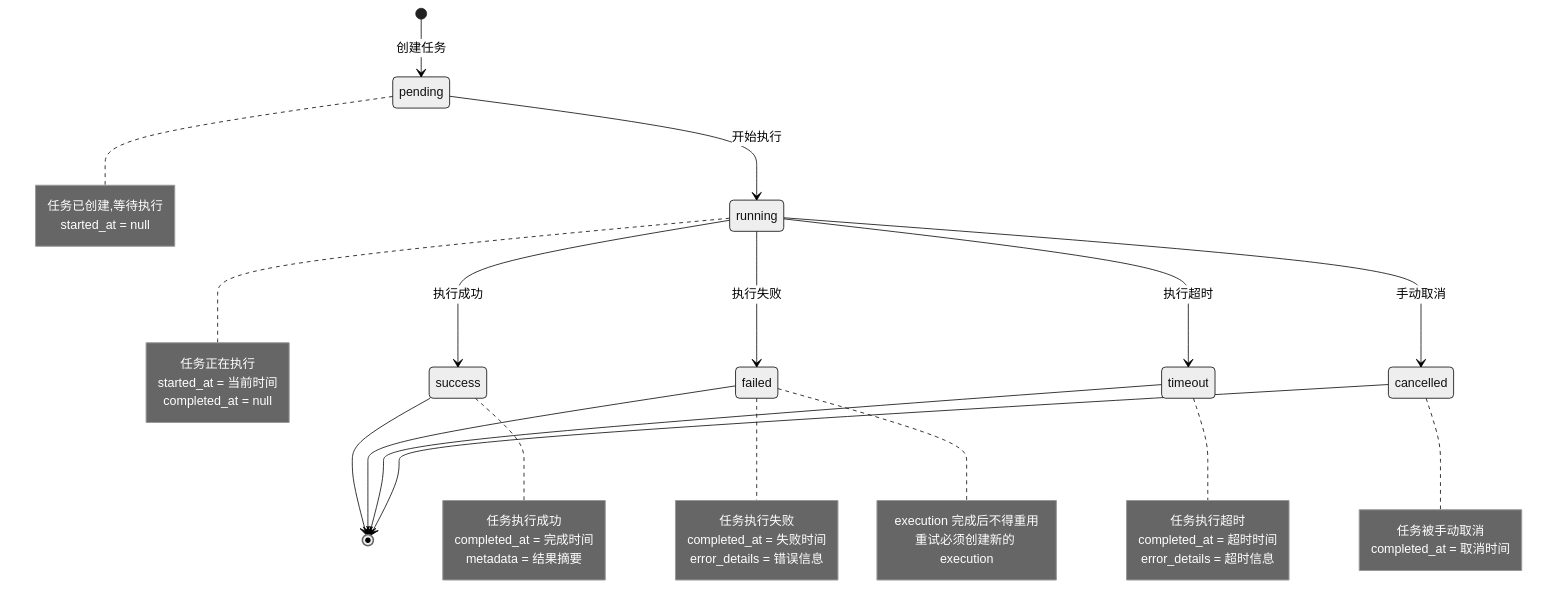
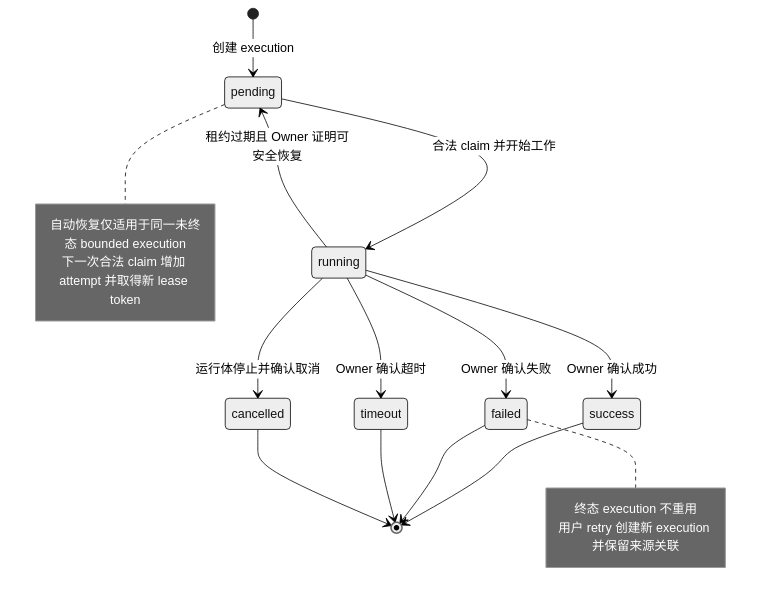
The diagram in docs/concepts/monitoring/执行状态与任务类型.md (pampa0629/addp), drawn with Mermaid (neutral theme) before and after one commit. The commit also changed other lines of this file, not shown here.

Commit message:
docs(monitor): clarify execution state and task type boundaries

````diff
--- a/docs/concepts/monitoring/执行状态与任务类型.md
+++ b/docs/concepts/monitoring/执行状态与任务类型.md
@@ -7,53 +9,25 @@
 ```mermaid
 stateDiagram-v2
-    [*] --> pending: 创建任务
-    pending --> running: 开始执行
-    running --> success: 执行成功
-    running --> failed: 执行失败
-    running --> timeout: 执行超时
-    running --> cancelled: 手动取消
+    [*] --> pending: 创建 execution
+    pending --> running: 合法 claim 并开始工作
+    running --> pending: 租约过期且 Owner 证明可安全恢复
+    running --> success: Owner 确认成功
+    running --> failed: Owner 确认失败
+    running --> timeout: Owner 确认超时
+    running --> cancelled: 运行体停止并确认取消
 
     success --> [*]
     failed --> [*]
     timeout --> [*]
     cancelled --> [*]
 
     note right of pending
-        任务已创建,等待执行
-        started_at = null
-    end note
-
-    note right of running
-        任务正在执行
-        started_at = 当前时间
-        completed_at = null
-    end note
-
-    note right of success
-        任务执行成功
-        completed_at = 完成时间
-        metadata = 结果摘要
+        自动恢复仅适用于同一未终态 bounded execution
+        下一次合法 claim 增加 attempt 并取得新 lease token
     end note
 
     note right of failed
-        任务执行失败
-        completed_at = 失败时间
-        error_details = 错误信息
-    end note
-
-    note right of timeout
-        任务执行超时
-        completed_at = 超时时间
-        error_details = 超时信息
-    end note
-
-    note right of cancelled
-        任务被手动取消
-        completed_at = 取消时间
-    end note
-
-    note right of failed
-        execution 完成后不得重用
-        重试必须创建新的 execution
+        终态 execution 不重用
+        用户 retry 创建新 execution 并保留来源关联
     end note
 ```
````
